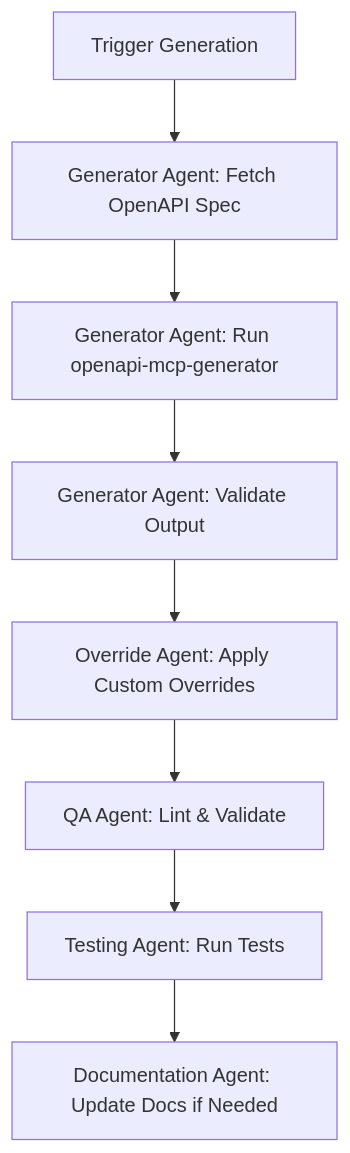
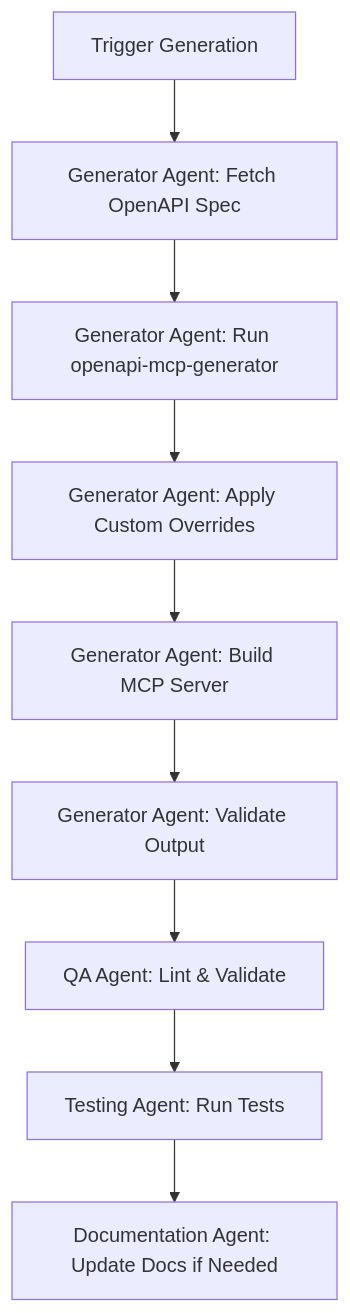
The first of 2 diagrams in AGENTS.md (rothnic/windmill-mcp), drawn with Mermaid before and after one commit. The commit also changed other lines of this file, not shown here.

````diff
--- a/AGENTS.md
+++ b/AGENTS.md
@@ -140,10 +177,11 @@
 ```mermaid
 graph TD
     A[Trigger Generation] --> B[Generator Agent: Fetch OpenAPI Spec]
     B --> C[Generator Agent: Run openapi-mcp-generator]
-    C --> D[Generator Agent: Validate Output]
-    D --> E[Override Agent: Apply Custom Overrides]
-    E --> F[QA Agent: Lint & Validate]
-    F --> G[Testing Agent: Run Tests]
-    G --> H[Documentation Agent: Update Docs if Needed]
+    C --> D[Generator Agent: Apply Custom Overrides]
+    D --> E[Generator Agent: Build MCP Server]
+    E --> F[Generator Agent: Validate Output]
+    F --> G[QA Agent: Lint & Validate]
+    G --> H[Testing Agent: Run Tests]
+    H --> I[Documentation Agent: Update Docs if Needed]
 ```
````
